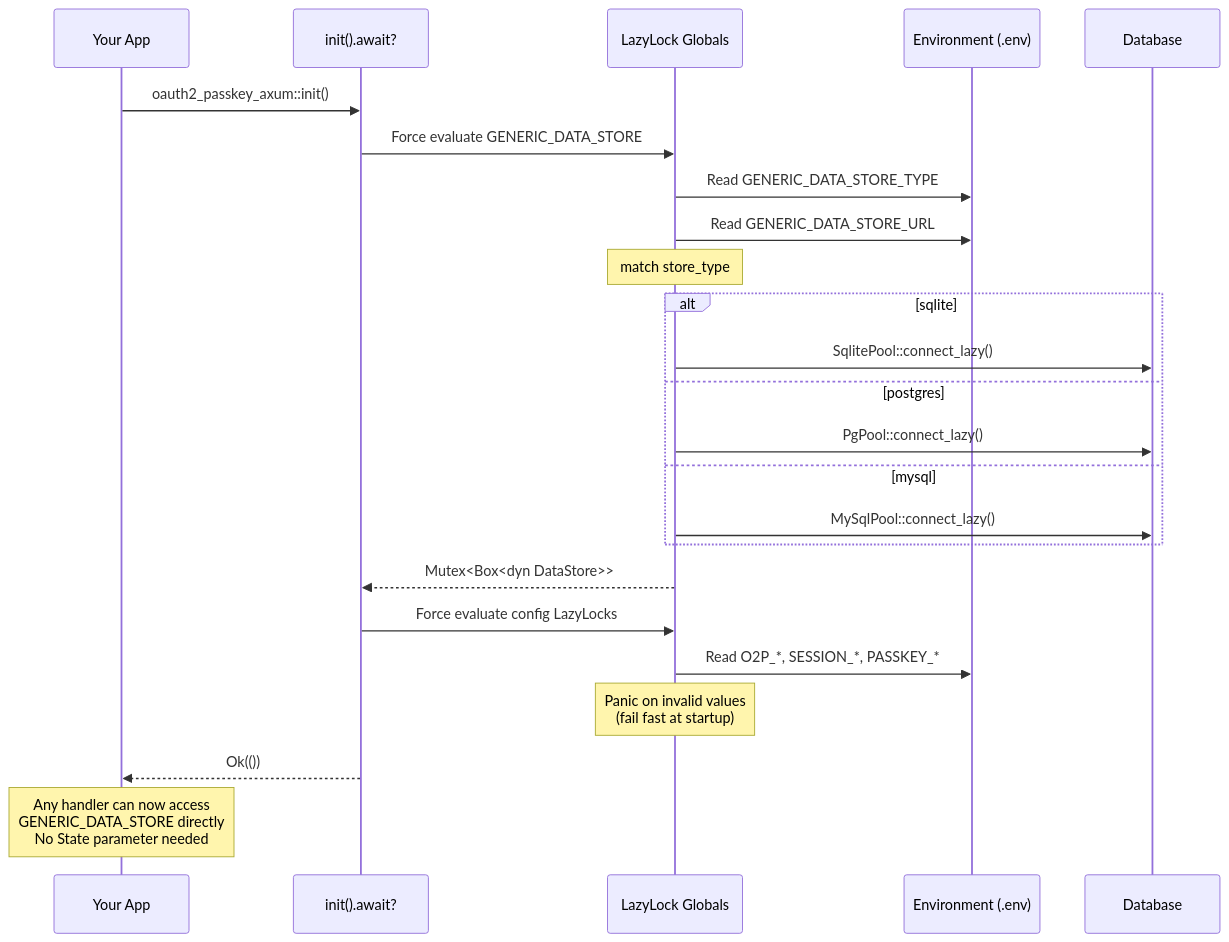
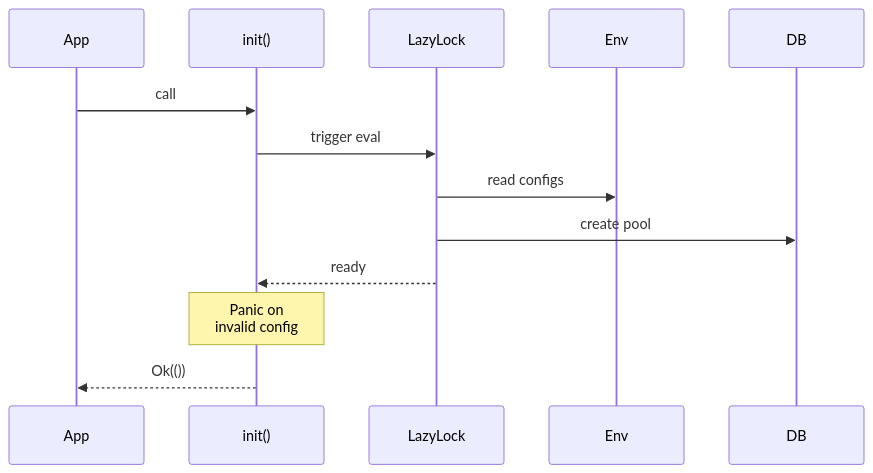
The diagram in 2026-03-31-tokyo-rust/diagrams/lazylock-flow.mmd (ktaka-ccmp/oauth2-passkey-talks), drawn with Mermaid before and after one commit. The commit also changed 10 other files, not shown here.

```diff
--- a/2026-03-31-tokyo-rust/diagrams/lazylock-flow.mmd
+++ b/2026-03-31-tokyo-rust/diagrams/lazylock-flow.mmd
@@ -1,27 +1,14 @@
 sequenceDiagram
-    participant App as Your App
-    participant Init as init().await?
-    participant LL as LazyLock Globals
-    participant Env as Environment (.env)
-    participant DB as Database
+    participant App
+    participant Init as init()
+    participant LL as LazyLock
+    participant Env
+    participant DB
 
-    App->>Init: oauth2_passkey_axum::init()
-    Init->>LL: Force evaluate GENERIC_DATA_STORE
-    LL->>Env: Read GENERIC_DATA_STORE_TYPE
-    LL->>Env: Read GENERIC_DATA_STORE_URL
-    Note over LL: match store_type
-    alt sqlite
-        LL->>DB: SqlitePool::connect_lazy()
-    else postgres
-        LL->>DB: PgPool::connect_lazy()
-    else mysql
-        LL->>DB: MySqlPool::connect_lazy()
-    end
-    LL-->>Init: Mutex<Box<dyn DataStore>>
-
-    Init->>LL: Force evaluate config LazyLocks
-    LL->>Env: Read O2P_*, SESSION_*, PASSKEY_*
-    Note over LL: Panic on invalid values<br/>(fail fast at startup)
+    App->>Init: call
+    Init->>LL: trigger eval
+    LL->>Env: read configs
+    LL->>DB: create pool
+    LL-->>Init: ready
+    Note over Init: Panic on<br>invalid config
     Init-->>App: Ok(())
-
-    Note over App: Any handler can now access<br/>GENERIC_DATA_STORE directly<br/>No State parameter needed
```
